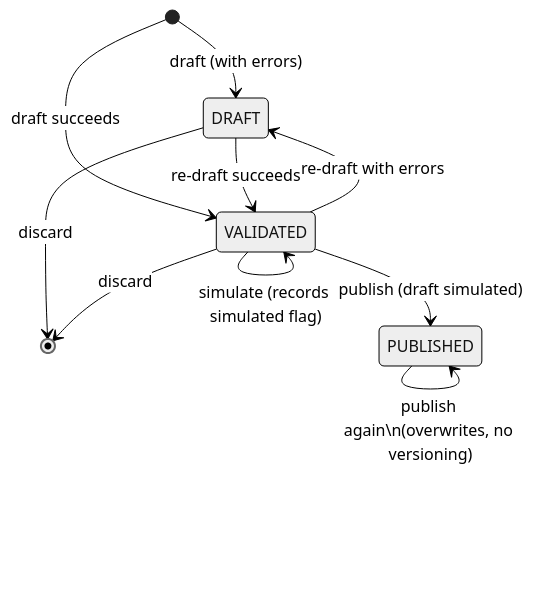
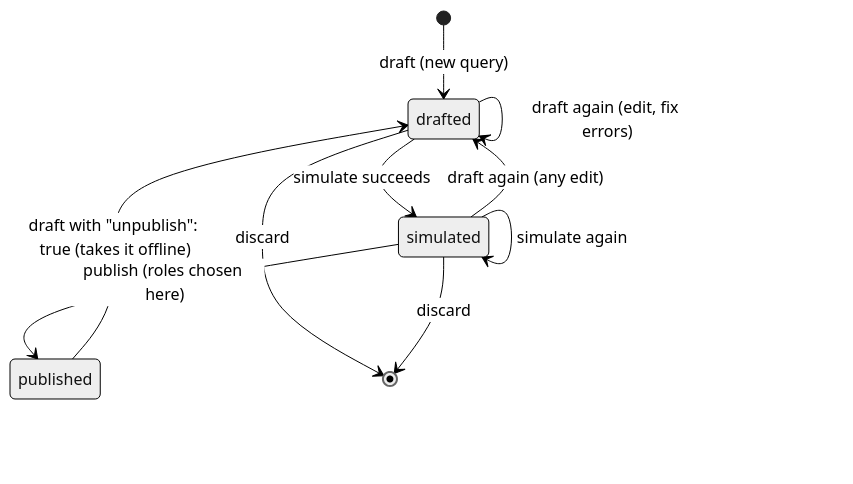
Before and after one commit to skull-sage/query-engine: the first of 4 diagrams in docs/Policy-Compiled Query DSL Service — Implementation PRD.md, drawn with Mermaid (neutral theme). The commit also changed other lines of this file and 61 other files, not shown here.

````diff
--- a/docs/Policy-Compiled Query DSL Service — Implementation PRD.md
+++ b/docs/Policy-Compiled Query DSL Service — Implementation PRD.md
@@ -25,12 +40,12 @@
 ```mermaid
 stateDiagram-v2
-    [*] --> DRAFT : draft (with errors)
-    [*] --> VALIDATED : draft succeeds
-    DRAFT --> VALIDATED : re-draft succeeds
-    VALIDATED --> DRAFT : re-draft with errors
-    VALIDATED --> VALIDATED : simulate (records simulated flag)
-    DRAFT --> [*] : discard
-    VALIDATED --> [*] : discard
-    VALIDATED --> PUBLISHED : publish (draft simulated)
-    PUBLISHED --> PUBLISHED : publish again\n(overwrites, no versioning)
+    [*] --> drafted : draft (new query)
+    drafted --> drafted : draft again (edit, fix errors)
+    drafted --> simulated : simulate succeeds
+    simulated --> drafted : draft again (any edit)
+    simulated --> simulated : simulate again
+    simulated --> published : publish (roles chosen here)
+    published --> drafted : draft with "unpublish": true (takes it offline)
+    drafted --> [*] : discard
+    simulated --> [*] : discard
 ```
````
